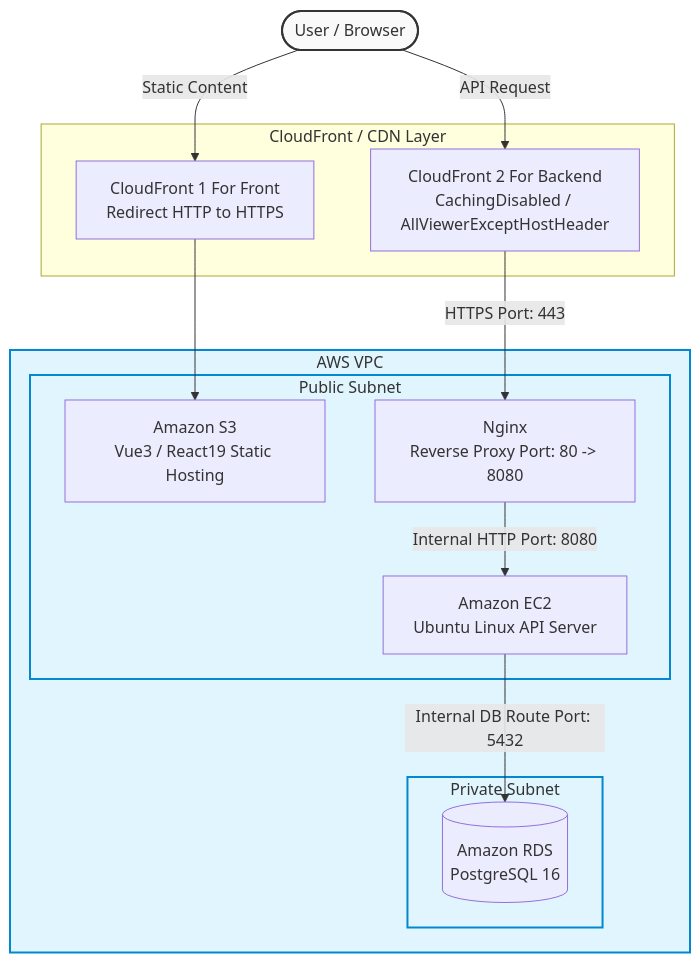
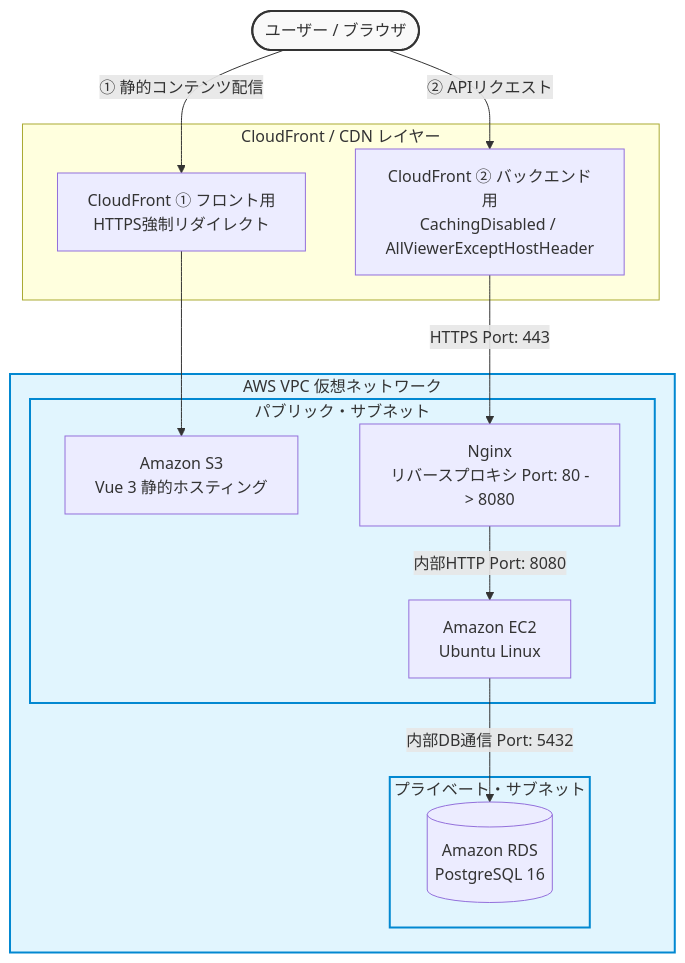
One commit to okamuravmdev2026/task-backend changed the first of 2 diagrams in README.md. Above: the diagram before and after it, drawn with Mermaid. The commit also changed other lines of this file, not shown here.

Commit message:
docs: AWS(Vue)とGCP(React)のマルチクラウドインフラ構成図およびCORS消滅設計のこだわりをREADMEに完全網羅

````diff
--- a/README.md
+++ b/README.md
@@ -32,40 +33,38 @@
 ```mermaid
 graph TD
     %% スタイル定義
     classDef internet fill:#f9f9f9,stroke:#333,stroke-width:2px;
     classDef aws fill:#e1f5fe,stroke:#0288d1,stroke-width:2px;
     classDef public fill:#fff3e0,stroke:#f57c00,stroke-width:1px;
     classDef private fill:#efebe9,stroke:#5d4037,stroke-width:1px;
 
-    %% 構成要素
-    User([User / Browser]):::internet
+    User([ユーザー / ブラウザ]):::internet
     
-    subgraph CloudFront_Layer [CloudFront / CDN Layer]
-        CF1[CloudFront 1 For Front<br>Redirect HTTP to HTTPS]
-        CF2[CloudFront 2 For Backend<br>CachingDisabled / AllViewerExceptHostHeader]
+    subgraph CloudFront_Layer [CloudFront / CDN レイヤー]
+        CF1[CloudFront ① フロント用<br>HTTPS強制リダイレクト]
+        CF2[CloudFront ② バックエンド用<br>CachingDisabled / AllViewerExceptHostHeader]
     end
 
-    subgraph VPC [AWS VPC]
-        subgraph Public_Subnet [Public Subnet]
-            S3[Amazon S3<br>Vue3 / React19 Static Hosting]
-            EC2[Amazon EC2<br>Ubuntu Linux API Server]
-            Nginx[Nginx<br>Reverse Proxy Port: 80 -> 8080]
+    subgraph VPC [AWS VPC 仮想ネットワーク]
+        subgraph Public_Subnet [パブリック・サブネット]
+            S3[Amazon S3<br>Vue 3 静的ホスティング]
+            EC2[Amazon EC2<br>Ubuntu Linux]
+            Nginx[Nginx<br>リバースプロキシ Port: 80 -> 8080]
         end
 
-        subgraph Private_Subnet [Private Subnet]
+        subgraph Private_Subnet [プライベート・サブネット]
             RDS[(Amazon RDS<br>PostgreSQL 16)]
         end
     end
 
     %% 通信経路
-    User -->|Static Content| CF1
-    User -->|API Request| CF2
+    User -->|① 静的コンテンツ配信| CF1
+    User -->|② APIリクエスト| CF2
     
     CF1 --> S3
     CF2 -->|HTTPS Port: 443| Nginx
-    Nginx -->|Internal HTTP Port: 8080| EC2
-    EC2 -->|Internal DB Route Port: 5432| RDS
+    Nginx -->|内部HTTP Port: 8080| EC2
+    EC2 -->|内部DB通信 Port: 5432| RDS
 
-    %% クラス適用
     class VPC,Public_Subnet,Private_Subnet aws;
 ```
````
